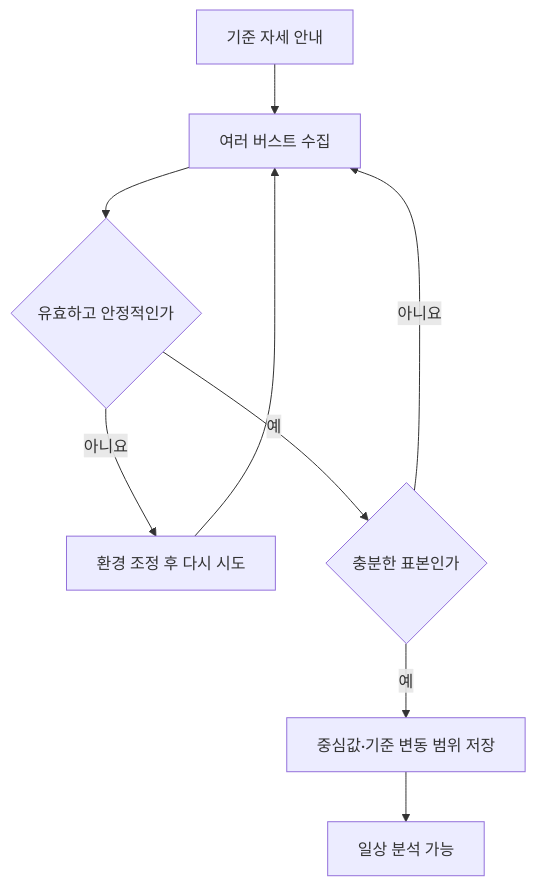
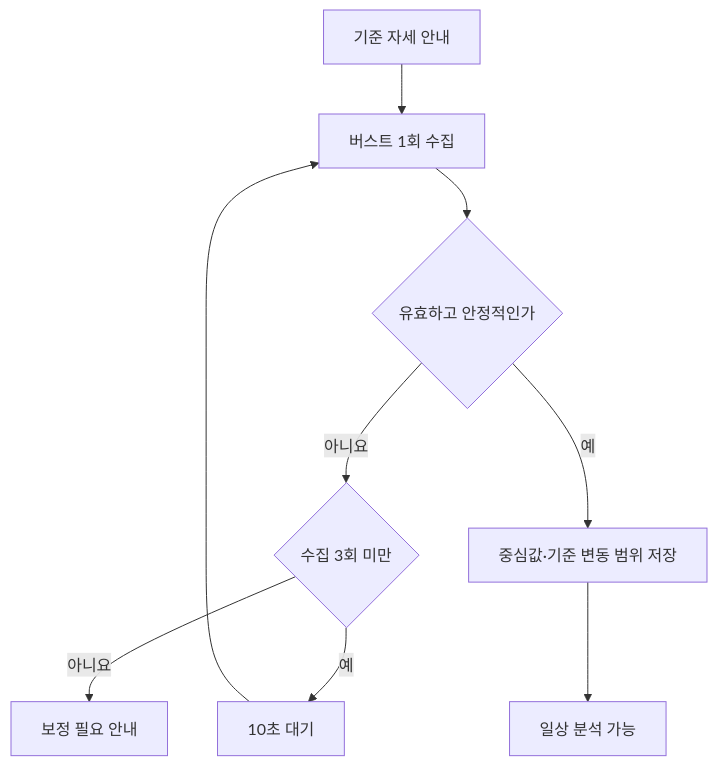
One commit to kimchanhyung98/turtlemeck changed the third of 4 diagrams in docs/algorithm/posture-analysis-workflow.md. Above: the diagram before and after it, drawn with Mermaid. The commit also changed other lines of this file and 12 other files, not shown here.

````diff
--- a/docs/algorithm/posture-analysis-workflow.md
+++ b/docs/algorithm/posture-analysis-workflow.md
@@ -243,11 +247,11 @@
 ```mermaid
 flowchart TD
-    GUIDE["기준 자세 안내"] --> CAPTURE["여러 버스트 수집"]
+    GUIDE["기준 자세 안내"] --> CAPTURE["버스트 1회 수집"]
     CAPTURE --> VALID{"유효하고 안정적인가"}
-    VALID -- "아니요" --> RETRY["환경 조정 후 다시 시도"]
-    RETRY --> CAPTURE
-    VALID -- "예" --> ENOUGH{"충분한 표본인가"}
-    ENOUGH -- "아니요" --> CAPTURE
-    ENOUGH -- "예" --> BASE["중심값·기준 변동 범위 저장"]
+    VALID -- "아니요" --> RETRY{"수집 3회 미만"}
+    RETRY -- "예" --> WAIT["10초 대기"]
+    WAIT --> CAPTURE
+    RETRY -- "아니요" --> FAIL["보정 필요 안내"]
+    VALID -- "예" --> BASE["중심값·기준 변동 범위 저장"]
     BASE --> READY["일상 분석 가능"]
 ```
````
